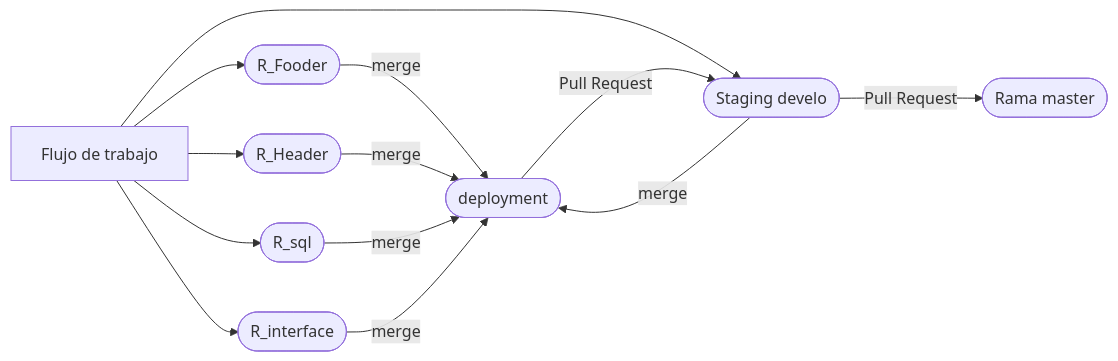
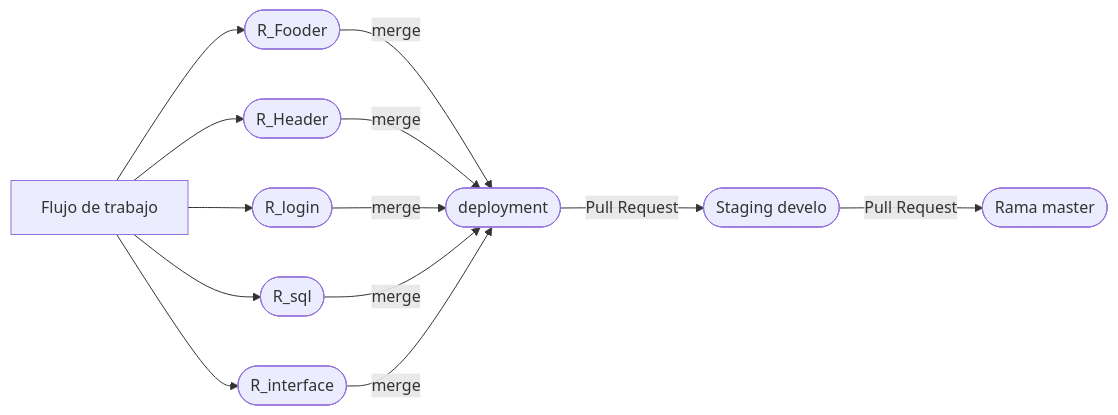
The third of 4 diagrams in Notas_del_curso_de_git.md (dczinil/git), drawn with Mermaid before and after one commit.

Commit message:
Trabajando en los graficos de flujo de trebajo p12 nuevo grafico

````diff
--- a/Notas_del_curso_de_git.md
+++ b/Notas_del_curso_de_git.md
@@ -253,11 +253,11 @@
 ```mermaid
 
 graph LR
 A[Flujo de trabajo]-->B([R_Fooder])--merge-->H
 A[Flujo de trabajo]-->C([R_Header])--merge-->H
 A[Flujo de trabajo]-->D([R_login])--merge-->H
 A[Flujo de trabajo]-->E([R_sql])--merge-->H
 A[Flujo de trabajo]-->G([R_interface])--merge-->H
-H([deployment])--Pull Request-->D([Staging  develo])--Pull Request-->F([Rama master])
+H([deployment])--Pull Request-->I([Staging  develo])--Pull Request-->K([Rama master])
 
 ```
````
